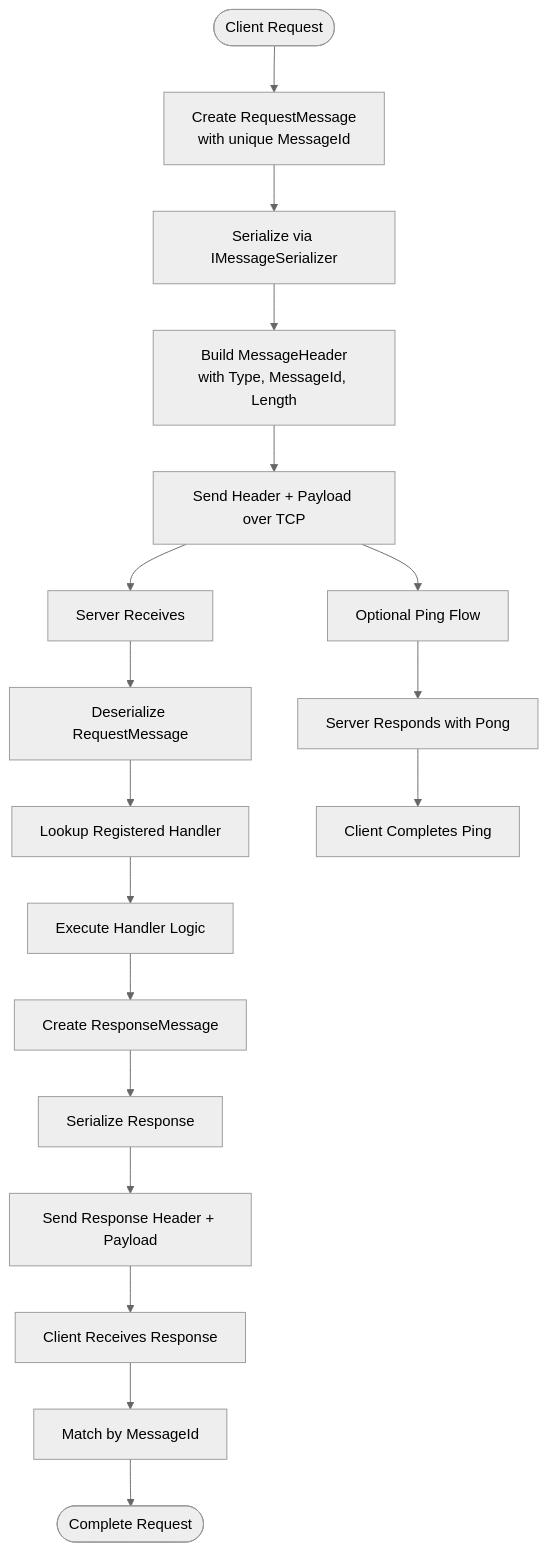
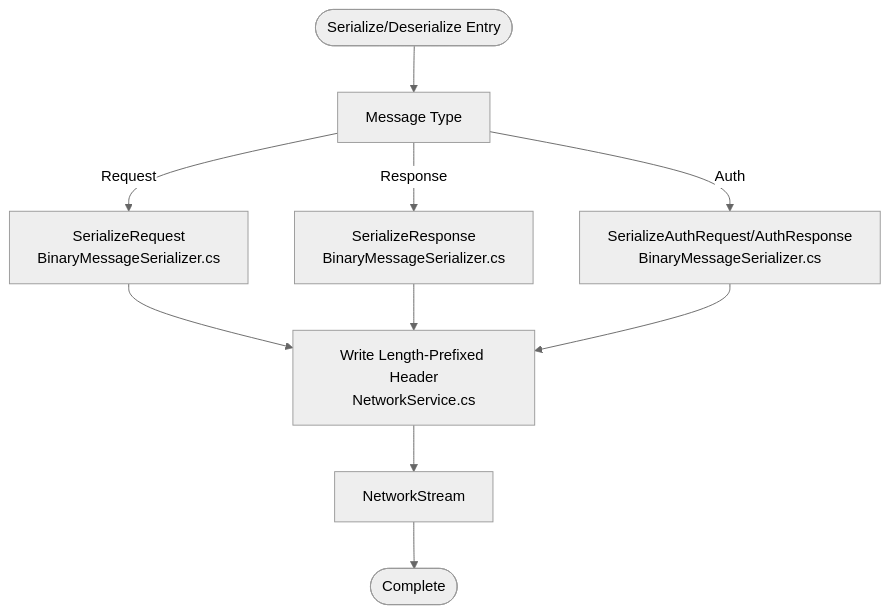
The fifth of 7 diagrams in .qoder/repowiki/en/content/Project Overview.md (Seamas/TcpRpc.Net), drawn with Mermaid (neutral theme) before and after one commit. The commit also changed other lines of this file and 69 other files, not shown here.

````diff
--- a/.qoder/repowiki/en/content/Project Overview.md
+++ b/.qoder/repowiki/en/content/Project Overview.md
@@ -290,20 +206,12 @@
 ```mermaid
 flowchart TD
-Start([Client Request]) --> CreateMsg["Create RequestMessage<br/>with unique MessageId"]
-CreateMsg --> Serialize["Serialize via IMessageSerializer"]
-Serialize --> BuildHeader["Build MessageHeader<br/>with Type, MessageId, Length"]
-BuildHeader --> Send["Send Header + Payload over TCP"]
-Send --> ServerReceive["Server Receives"]
-ServerReceive --> Deserialize["Deserialize RequestMessage"]
-Deserialize --> LookupHandler["Lookup Registered Handler"]
-LookupHandler --> ExecuteHandler["Execute Handler Logic"]
-ExecuteHandler --> BuildResponse["Create ResponseMessage"]
-BuildResponse --> SerializeResponse["Serialize Response"]
-SerializeResponse --> SendResponse["Send Response Header + Payload"]
-SendResponse --> ClientReceive["Client Receives Response"]
-ClientReceive --> Correlate["Match by MessageId"]
-Correlate --> Complete([Complete Request])
-Send --> PingFlow["Optional Ping Flow"]
-PingFlow --> ServerPing["Server Responds with Pong"]
-ServerPing --> ClientPing["Client Completes Ping"]
+Start(["Serialize/Deserialize Entry"]) --> Choose["Message Type"]
+Choose --> |Request| Req["SerializeRequest<br/>BinaryMessageSerializer.cs"]
+Choose --> |Response| Res["SerializeResponse<br/>BinaryMessageSerializer.cs"]
+Choose --> |Auth| Auth["SerializeAuthRequest/AuthResponse<br/>BinaryMessageSerializer.cs"]
+Req --> Header["Write Length-Prefixed Header<br/>NetworkService.cs"]
+Res --> Header
+Auth --> Header
+Header --> Stream["NetworkStream"]
+Stream --> End(["Complete"])
 ```
````
